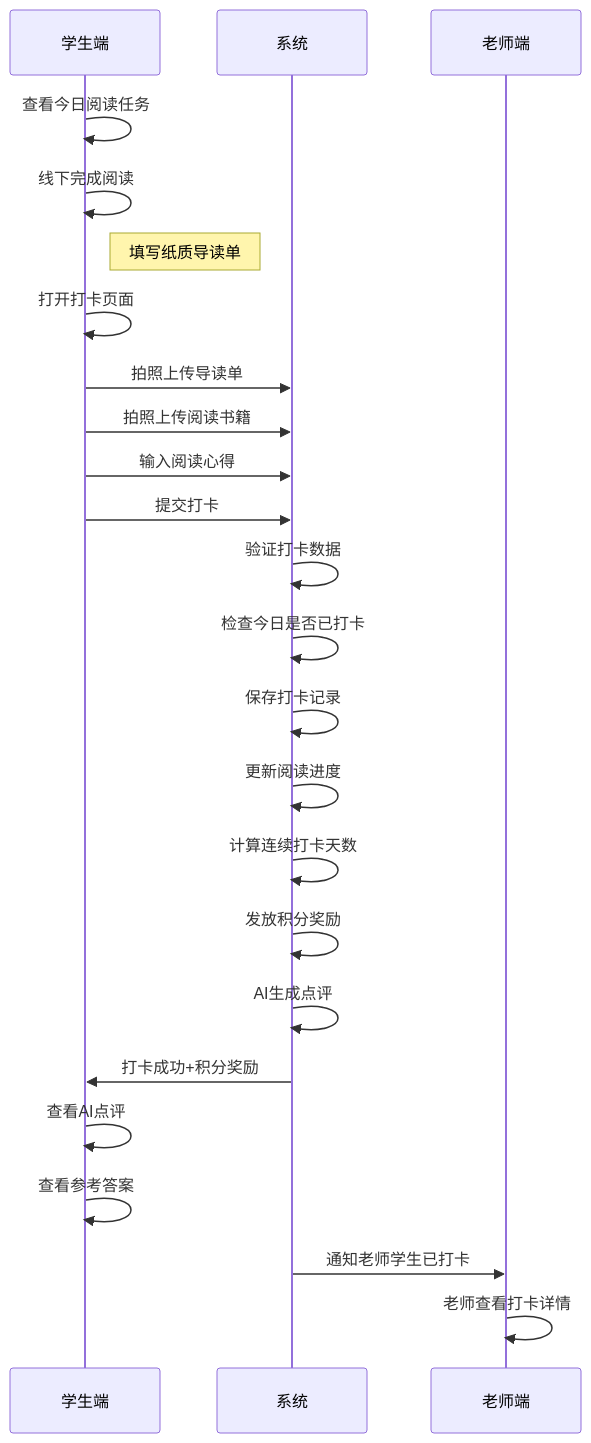
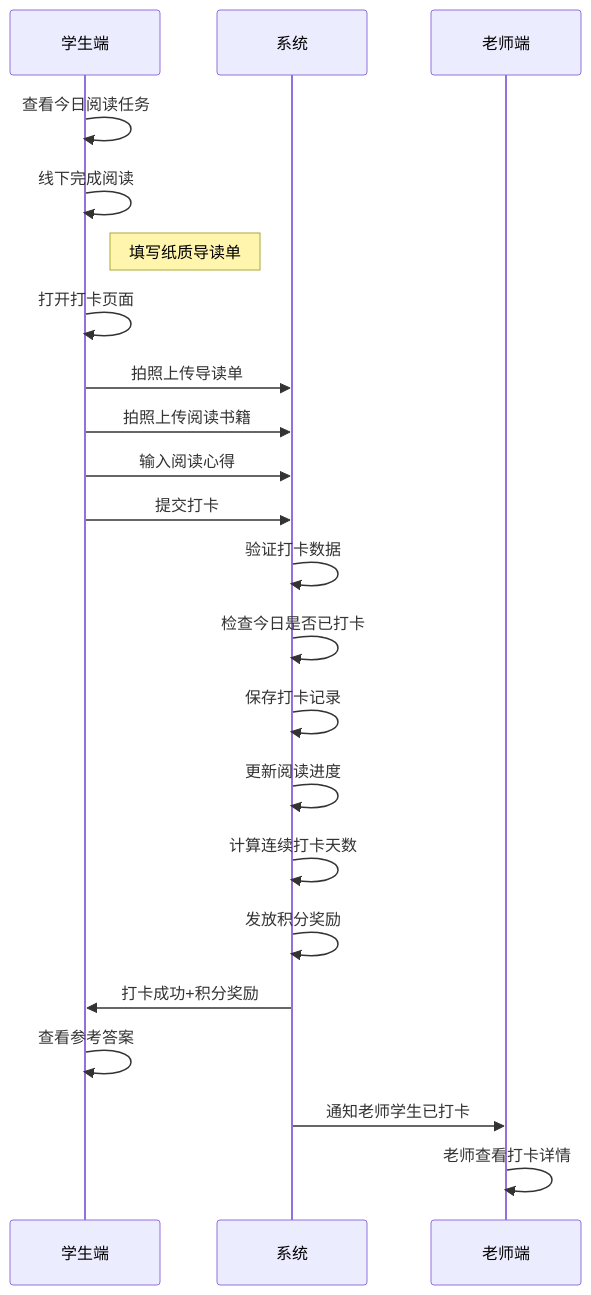
The tenth of 18 diagrams in 2-AI伴读V1.0/PRD文档/校校读吧学生端PRD_V1.0.md (22816523/math-kids), drawn with Mermaid before and after one commit. The commit also changed other lines of this file and 9 other files, not shown here.

````diff
--- a/2-AI伴读V1.0/PRD文档/校校读吧学生端PRD_V1.0.md
+++ b/2-AI伴读V1.0/PRD文档/校校读吧学生端PRD_V1.0.md
@@ -690,31 +691,29 @@
 ```mermaid
 sequenceDiagram
     participant Student as 学生端
     participant System as 系统
     participant Teacher as 老师端
 
     Student->>Student: 查看今日阅读任务
     Student->>Student: 线下完成阅读
     Note right of Student: 填写纸质导读单
 
     Student->>Student: 打开打卡页面
     Student->>System: 拍照上传导读单
     Student->>System: 拍照上传阅读书籍
     Student->>System: 输入阅读心得
     Student->>System: 提交打卡
 
     System->>System: 验证打卡数据
     System->>System: 检查今日是否已打卡
     System->>System: 保存打卡记录
     System->>System: 更新阅读进度
     System->>System: 计算连续打卡天数
     System->>System: 发放积分奖励
-    System->>System: AI生成点评
 
     System->>Student: 打卡成功+积分奖励
-    Student->>Student: 查看AI点评
     Student->>Student: 查看参考答案
 
     System->>Teacher: 通知老师学生已打卡
     Teacher->>Teacher: 老师查看打卡详情
 ```
````
